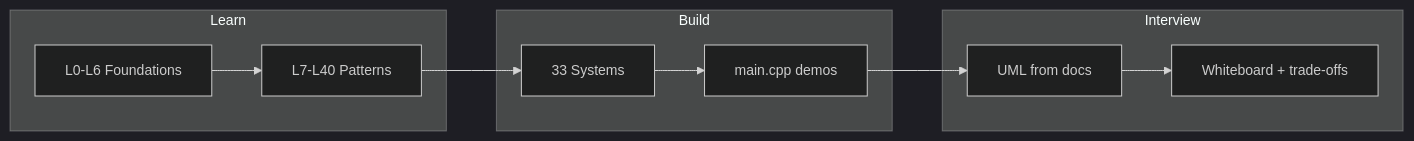
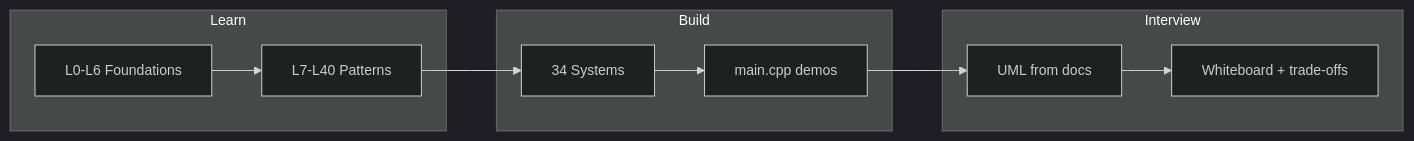
One commit to subhm2004/LLD changed the first of 3 diagrams in README.md. Above: the diagram before and after it, drawn with Mermaid. The commit also changed other lines of this file and 18 other files, not shown here.

````diff
--- a/README.md
+++ b/README.md
@@ -27,17 +27,17 @@
 ```mermaid
 %%{init: {'theme': 'dark', 'themeVariables': { 'fontSize': '14px'}}}%%
 flowchart LR
     subgraph learn [Learn]
         A[L0-L6 Foundations]
         B[L7-L40 Patterns]
     end
     subgraph build [Build]
-        C[33 Systems]
+        C[34 Systems]
         D[main.cpp demos]
     end
     subgraph ship [Interview]
         E[UML from docs]
         F[Whiteboard + trade-offs]
     end
     A --> B --> C --> D --> E --> F
 ```
````
